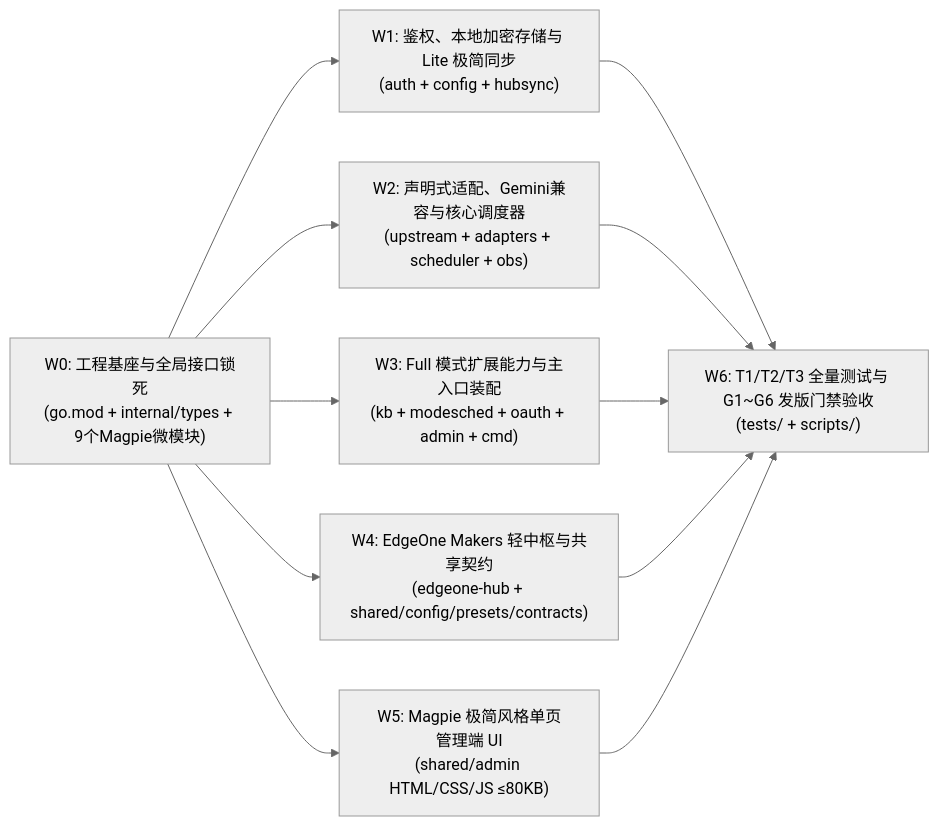
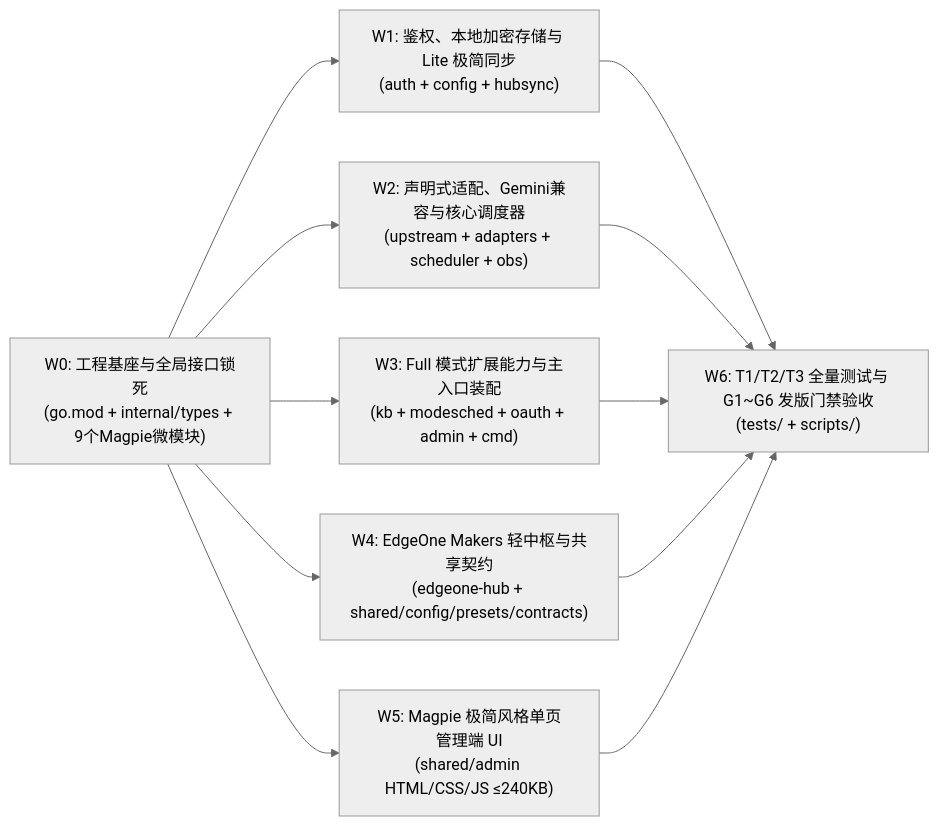
Before and after one commit to khc8655/ocrprox2: the diagram in docs/MULTI_AGENT_BLUEPRINT.md, drawn with Mermaid (neutral theme). The commit also changed other lines of this file and 65 other files, not shown here.

````diff
--- a/docs/MULTI_AGENT_BLUEPRINT.md
+++ b/docs/MULTI_AGENT_BLUEPRINT.md
@@ -264,9 +264,9 @@
 ```mermaid
 flowchart LR
     W0["W0: 工程基座与全局接口锁死\n(go.mod + internal/types + 9个Magpie微模块)"] --> W1["W1: 鉴权、本地加密存储与 Lite 极简同步\n(auth + config + hubsync)"]
     W0 --> W2["W2: 声明式适配、Gemini兼容与核心调度器\n(upstream + adapters + scheduler + obs)"]
     W0 --> W3["W3: Full 模式扩展能力与主入口装配\n(kb + modesched + oauth + admin + cmd)"]
     W0 --> W4["W4: EdgeOne Makers 轻中枢与共享契约\n(edgeone-hub + shared/config/presets/contracts)"]
-    W0 --> W5["W5: Magpie 极简风格单页管理端 UI\n(shared/admin HTML/CSS/JS ≤80KB)"]
+    W0 --> W5["W5: Magpie 极简风格单页管理端 UI\n(shared/admin HTML/CSS/JS ≤240KB)"]
     W1 & W2 & W3 & W4 & W5 --> W6["W6: T1/T2/T3 全量测试与 G1~G6 发版门禁验收\n(tests/ + scripts/)"]
 ```
````
